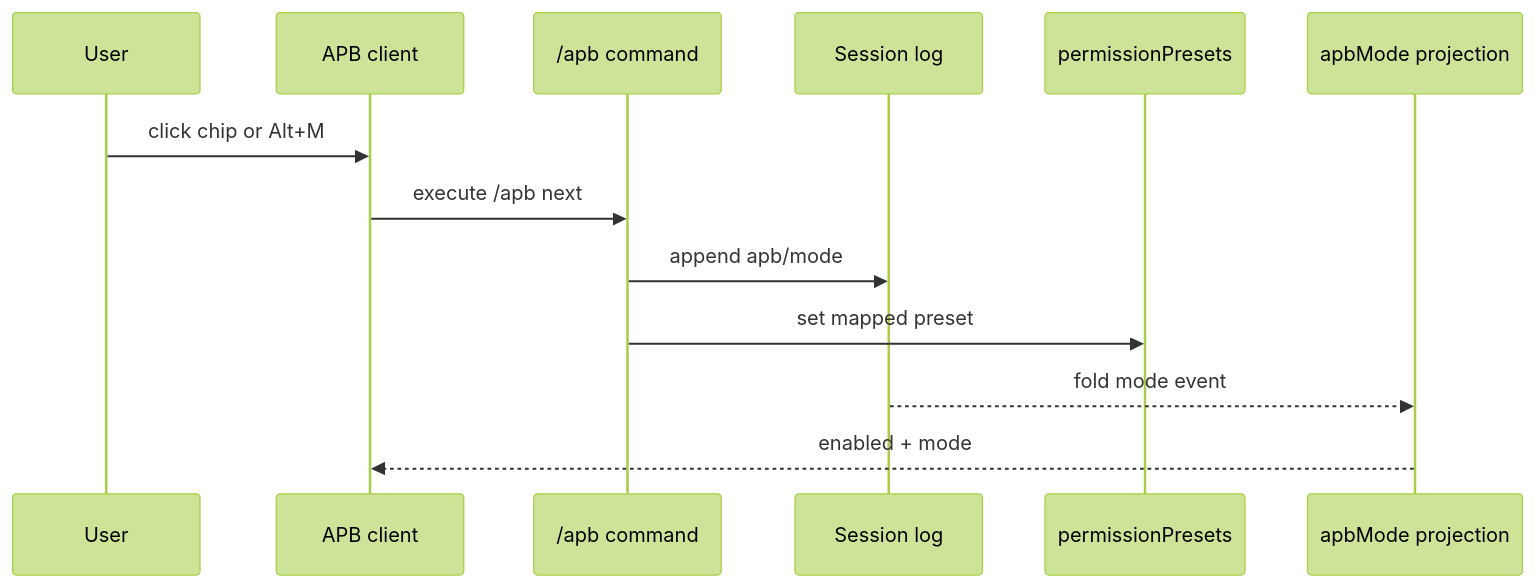
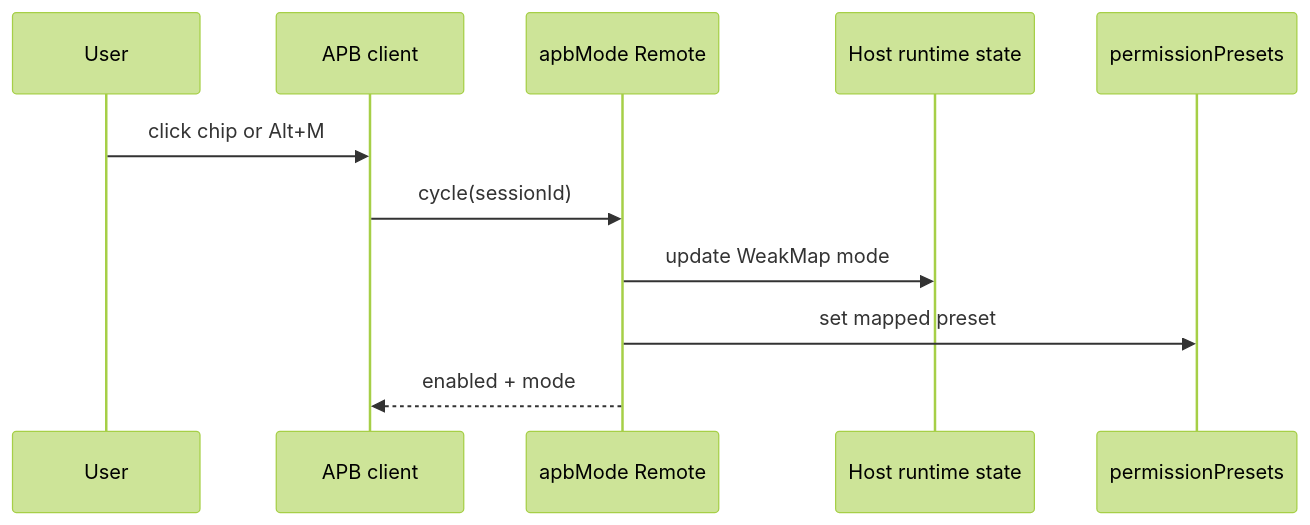
Before and after one commit to Songyanglin-curious/dsh-apb: the second of 2 diagrams in docs/architecture/overview.md, drawn with Mermaid (forest theme). The commit also changed other lines of this file and 23 other files, not shown here.

````diff
--- a/docs/architecture/overview.md
+++ b/docs/architecture/overview.md
@@ -46,16 +50,14 @@
 ```mermaid
 sequenceDiagram
     participant U as User
     participant UI as APB client
-    participant C as /apb command
-    participant S as Session log
+    participant R as apbMode Remote
+    participant S as Host runtime state
     participant P as permissionPresets
-    participant V as apbMode projection
 
     U->>UI: click chip or Alt+M
-    UI->>C: execute /apb next
-    C->>S: append apb/mode
-    C->>P: set mapped preset
-    S-->>V: fold mode event
-    V-->>UI: enabled + mode
+    UI->>R: cycle(sessionId)
+    R->>S: update WeakMap mode
+    R->>P: set mapped preset
+    R-->>UI: enabled + mode
 ```
````
